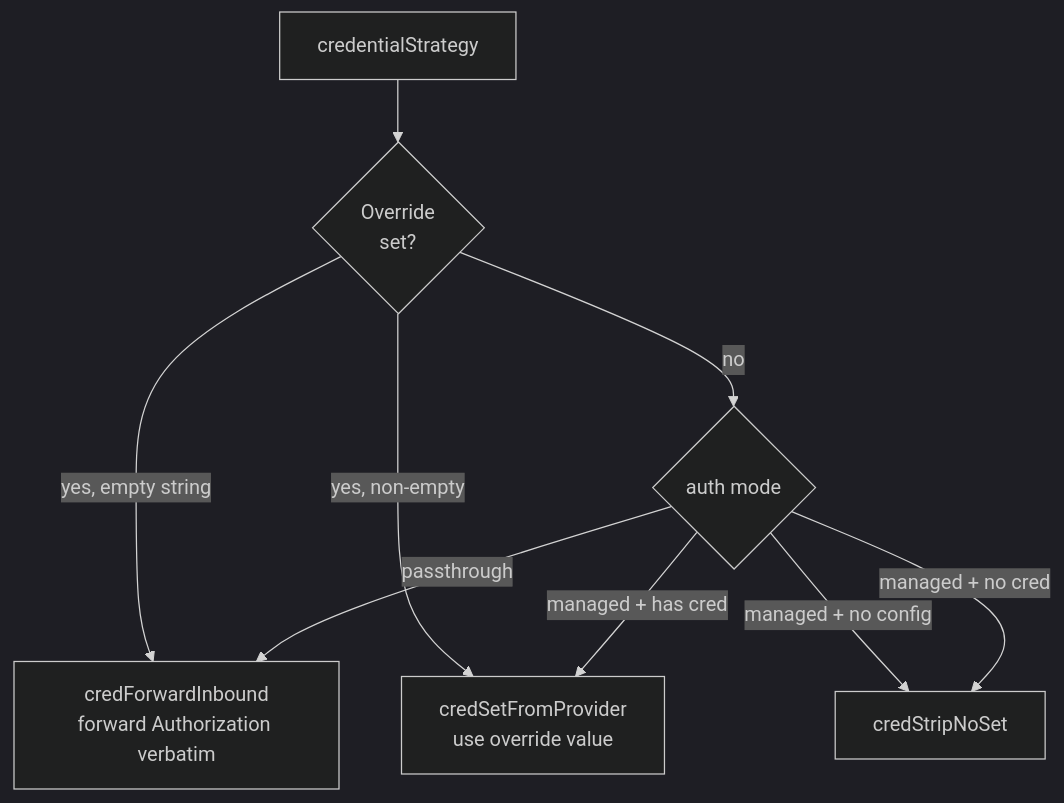
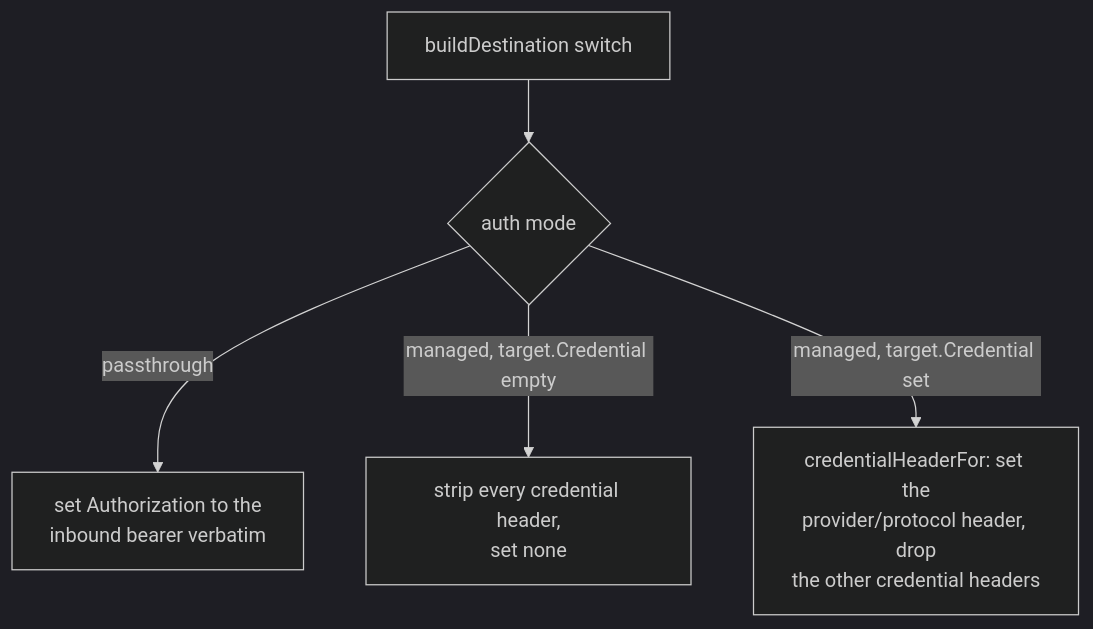
The second of 3 diagrams in docs/actions.md (andyjmorgan/slipspace-gateway), drawn with Mermaid (dark theme) before and after one commit. The commit also changed other lines of this file and 27 other files, not shown here.

````diff
--- a/docs/actions.md
+++ b/docs/actions.md
@@ -355,11 +323,7 @@
 ```mermaid
 flowchart TB
-    Start[credentialStrategy] --> Override{Override<br/>set?}
-    Override -- "yes, empty string" --> Forward[credForwardInbound<br/>forward Authorization verbatim]
-    Override -- "yes, non-empty" --> Set[credSetFromProvider<br/>use override value]
-    Override -- no --> Mode{auth mode}
-    Mode -- passthrough --> Forward
-    Mode -- managed + no config --> Strip[credStripNoSet]
-    Mode -- managed + has cred --> Set
-    Mode -- managed + no cred --> Strip
+    Start[buildDestination switch] --> Mode{auth mode}
+    Mode -- passthrough --> Forward[set Authorization to the<br/>inbound bearer verbatim]
+    Mode -- "managed, target.Credential empty" --> Strip[strip every credential header,<br/>set none]
+    Mode -- "managed, target.Credential set" --> Set[credentialHeaderFor: set the<br/>provider/protocol header, drop<br/>the other credential headers]
 ```
````
